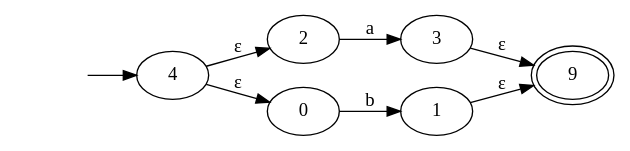
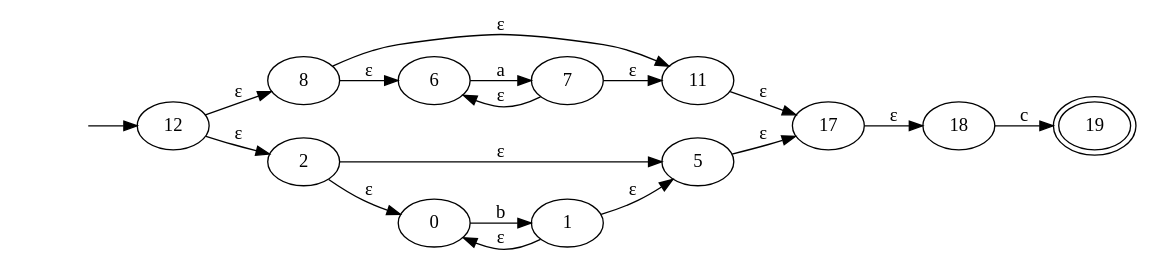
One commit to JuanDiegoAvila/Laboratorio_Compiladores changed the diagram in test-output/round-table.gv. Above: the diagram before and after it, drawn with Graphviz. The commit also changed 2 other files, not shown here.

```diff
--- a/test-output/round-table.gv
+++ b/test-output/round-table.gv
@@ -1,17 +1,33 @@
 digraph {
 	graph [rankdir=LR]
 	inicio [label="" shape=none]
-	4
-	inicio -> 4
-	4 -> 2 [label="ε"]
-	4 -> 0 [label="ε"]
+	12
+	inicio -> 12
+	12 -> 8 [label="ε"]
+	12 -> 2 [label="ε"]
+	8
+	8 -> 11 [label="ε"]
+	8 -> 6 [label="ε"]
 	2
-	2 -> 3 [label=a]
+	2 -> 5 [label="ε"]
+	2 -> 0 [label="ε"]
+	11
+	11 -> 17 [label="ε"]
+	6
+	6 -> 7 [label=a]
+	5
+	5 -> 17 [label="ε"]
 	0
 	0 -> 1 [label=b]
-	3
-	3 -> 9 [label="ε"]
+	17
+	17 -> 18 [label="ε"]
+	7
+	7 -> 6 [label="ε"]
+	7 -> 11 [label="ε"]
 	1
-	1 -> 9 [label="ε"]
-	9 [peripheries=2]
+	1 -> 0 [label="ε"]
+	1 -> 5 [label="ε"]
+	18
+	18 -> 19 [label=c]
+	19 [peripheries=2]
 }
```
